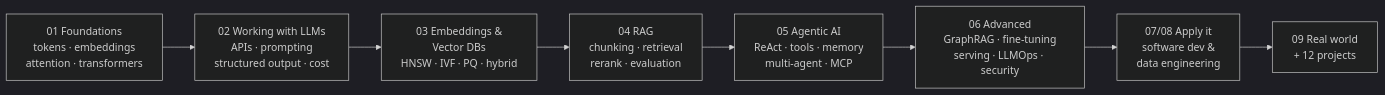
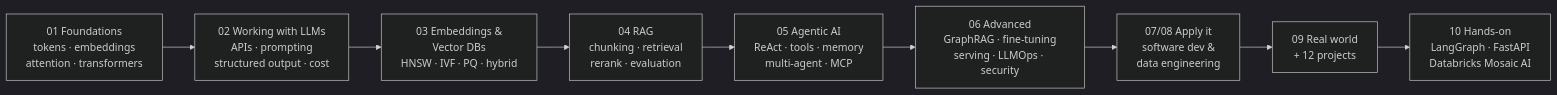
One commit to alam0604/llm-rag-agentic-ai-learning changed the diagram in README.md. Above: the diagram before and after it, drawn with Mermaid (dark theme). The commit also changed other lines of this file and 11 other files, not shown here.

First line of the commit message:
Add lesson 10: LangGraph agent, FastAPI service, Databricks Mosaic AI notebooks

````diff
--- a/README.md
+++ b/README.md
@@ -11,10 +11,11 @@
 ```mermaid
 flowchart LR
     A["01 Foundations<br/>tokens · embeddings<br/>attention · transformers"] --> B["02 Working with LLMs<br/>APIs · prompting<br/>structured output · cost"]
     B --> C["03 Embeddings &<br/>Vector DBs<br/>HNSW · IVF · PQ · hybrid"]
     C --> D["04 RAG<br/>chunking · retrieval<br/>rerank · evaluation"]
     D --> E["05 Agentic AI<br/>ReAct · tools · memory<br/>multi-agent · MCP"]
     E --> F["06 Advanced<br/>GraphRAG · fine-tuning<br/>serving · LLMOps · security"]
     F --> G["07/08 Apply it<br/>software dev &<br/>data engineering"]
     G --> H["09 Real world<br/>+ 12 projects"]
+    H --> I["10 Hands-on<br/>LangGraph · FastAPI<br/>Databricks Mosaic AI"]
 ```
````
